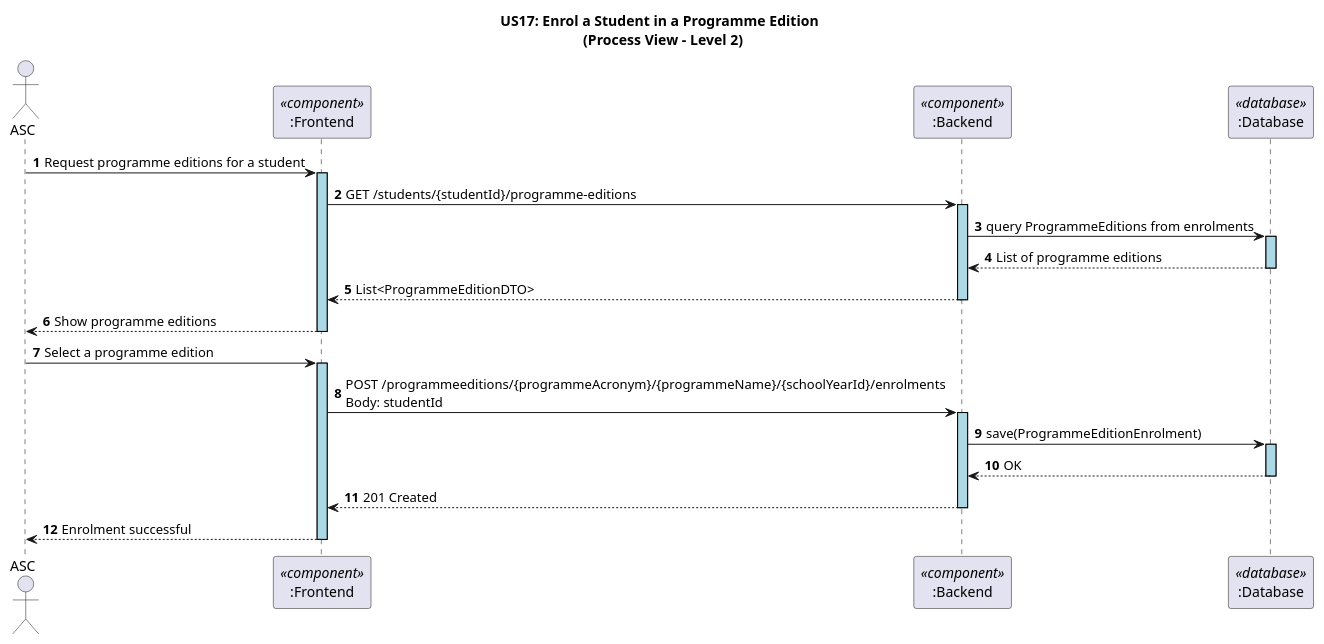
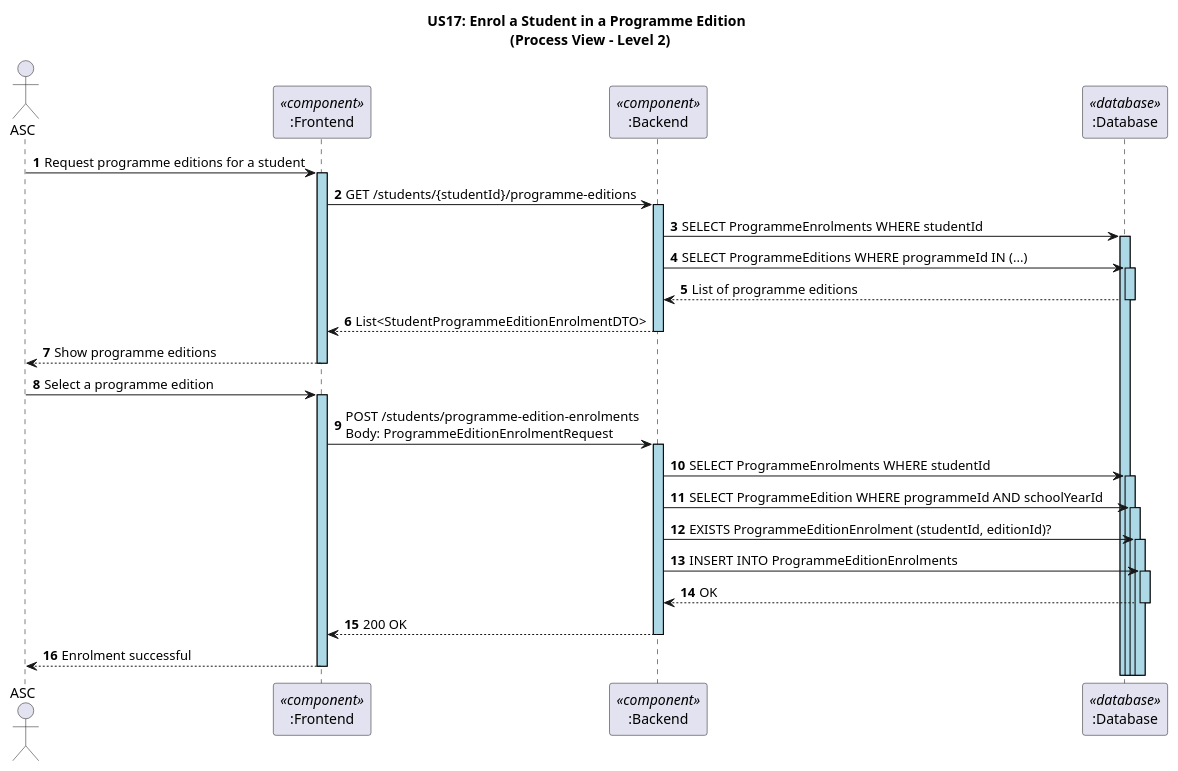
Before and after one commit to GasparISEP/DevOps-PAI: the diagram in docs/US17/Sprint_6_RestAPI/ProcessView/US17_RestAPI_ProcessView_Level2.puml, drawn with PlantUML.

Commit message:
#500 #587 Update US17_RestAPI_ProcessView_Level2.puml

```diff
--- a/docs/US17/Sprint_6_RestAPI/ProcessView/US17_RestAPI_ProcessView_Level2.puml
+++ b/docs/US17/Sprint_6_RestAPI/ProcessView/US17_RestAPI_ProcessView_Level2.puml
@@ -1,36 +1,40 @@
 @startuml
 
 ' US17 - Enrol a Student in a Programme Edition
 ' Process View - Level 2 (Frontend, Backend, DB)
 
 autonumber
 
 skinparam sequence {
    LifelineBorderColor black
    LifelineBackgroundColor LightBlue
 }
 
 title US17: Enrol a Student in a Programme Edition \n (Process View - Level 2)
 
 actor ASC
 participant ":Frontend" as FE <<component>>
 participant ":Backend" as BE <<component>>
 participant ":Database" as DB <<database>>
 
 ' Fase 1 – Consulta
 ASC -> FE ++: Request programme editions for a student
 FE -> BE ++: GET /students/{studentId}/programme-editions
-BE -> DB ++: query ProgrammeEditions from enrolments
+BE -> DB ++: SELECT ProgrammeEnrolments WHERE studentId
+BE -> DB ++: SELECT ProgrammeEditions WHERE programmeId IN (...)
 DB --> BE --: List of programme editions
-BE --> FE --: List<ProgrammeEditionDTO>
+BE --> FE --: List<StudentProgrammeEditionEnrolmentDTO>
 FE --> ASC --: Show programme editions
 
 ' Fase 2 – Inscrição
 ASC -> FE ++: Select a programme edition
-FE -> BE ++: POST /programmeeditions/{programmeAcronym}/{programmeName}/{schoolYearId}/enrolments\nBody: studentId
-BE -> DB ++: save(ProgrammeEditionEnrolment)
+FE -> BE ++: POST /students/programme-edition-enrolments\nBody: ProgrammeEditionEnrolmentRequest
+BE -> DB ++: SELECT ProgrammeEnrolments WHERE studentId
+BE -> DB ++: SELECT ProgrammeEdition WHERE programmeId AND schoolYearId
+BE -> DB ++: EXISTS ProgrammeEditionEnrolment (studentId, editionId)?
+BE -> DB ++: INSERT INTO ProgrammeEditionEnrolments
 DB --> BE --: OK
-BE --> FE --: 201 Created
+BE --> FE --: 200 OK
 FE --> ASC --: Enrolment successful
 
 @enduml
```
